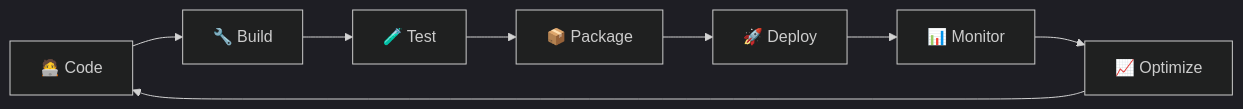
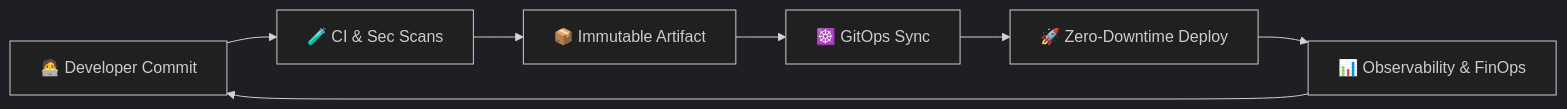
Before and after one commit to VibeDevOpsing/VibeDevOpsing: the diagram in README.md, drawn with Mermaid (dark theme). The commit also changed other lines of this file and 1 other file, not shown here.

````diff
--- a/README.md
+++ b/README.md
@@ -60,10 +140,9 @@
 ```mermaid
 graph LR
-    A[🧑‍💻 Code] --> B[🔧 Build]
-    B --> C[🧪 Test]
-    C --> D[📦 Package]
-    D --> E[🚀 Deploy]
-    E --> F[📊 Monitor]
-    F --> G[📈 Optimize]
-    G --> A
+    A[🧑‍💻 Developer Commit] --> B[🧪 CI & Sec Scans]
+    B --> C[📦 Immutable Artifact]
+    C --> D[☸️ GitOps Sync]
+    D --> E[🚀 Zero-Downtime Deploy]
+    E --> F[📊 Observability & FinOps]
+    F --> A
 ```
````
